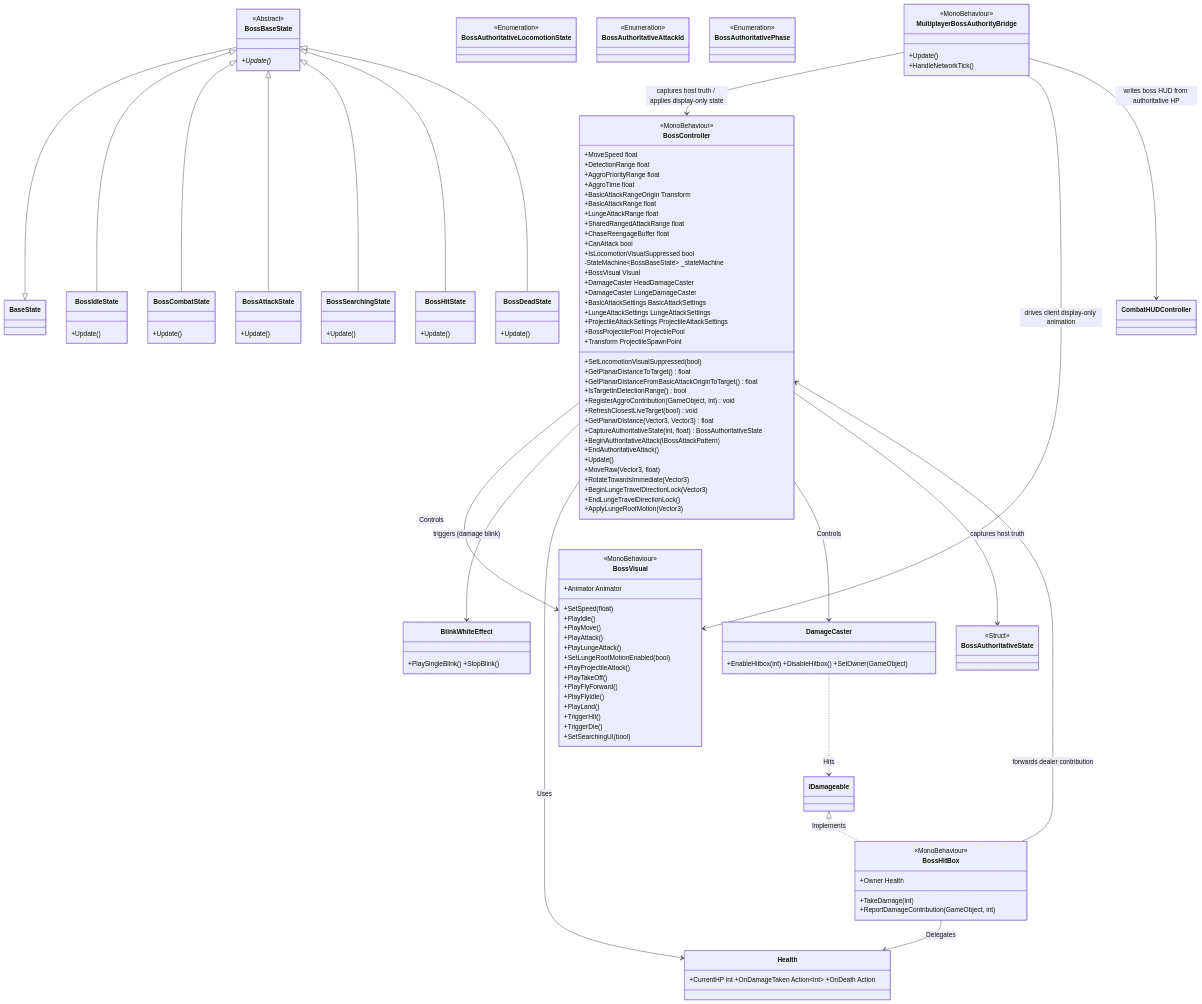
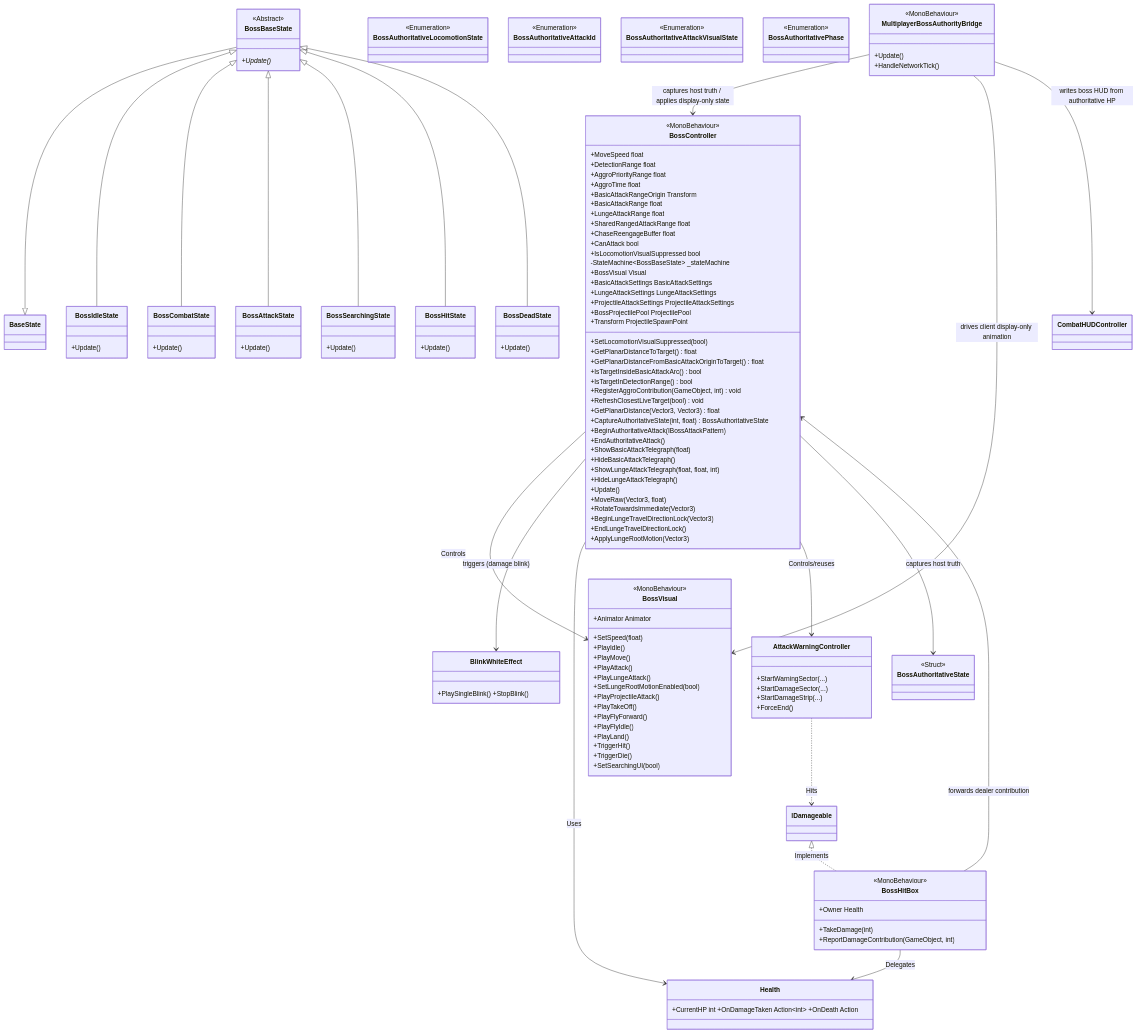
One commit to BallTank/BossRaidPortfolio changed the second of 4 diagrams in docs/technical/System_Blueprint.md. Above: the diagram before and after it, drawn with Mermaid. The commit also changed other lines of this file and 18 other files, not shown here.

````diff
--- a/docs/technical/System_Blueprint.md
+++ b/docs/technical/System_Blueprint.md
@@ -277,8 +279,6 @@
         +IsLocomotionVisualSuppressed bool
         -StateMachine~BossBaseState~ _stateMachine
         +BossVisual Visual
-        +DamageCaster HeadDamageCaster
-        +DamageCaster LungeDamageCaster
         +BasicAttackSettings BasicAttackSettings
         +LungeAttackSettings LungeAttackSettings
         +ProjectileAttackSettings ProjectileAttackSettings
@@ -287,6 +287,7 @@
         +SetLocomotionVisualSuppressed(bool)
         +GetPlanarDistanceToTarget() float
         +GetPlanarDistanceFromBasicAttackOriginToTarget() float
+        +IsTargetInsideBasicAttackArc() bool
         +IsTargetInDetectionRange() bool
         +RegisterAggroContribution(GameObject, int) void
         +RefreshClosestLiveTarget(bool) void
@@ -294,6 +295,10 @@
         +CaptureAuthoritativeState(int, float) BossAuthoritativeState
         +BeginAuthoritativeAttack(IBossAttackPattern)
         +EndAuthoritativeAttack()
+        +ShowBasicAttackTelegraph(float)
+        +HideBasicAttackTelegraph()
+        +ShowLungeAttackTelegraph(float, float, int)
+        +HideLungeAttackTelegraph()
         +Update()
         +MoveRaw(Vector3, float)
         +RotateTowardsImmediate(Vector3)
@@ -334,11 +339,17 @@
         +ReportDamageContribution(GameObject, int)
     }
 
-    class DamageCaster { +EnableHitbox(int) +DisableHitbox() +SetOwner(GameObject) }
+    class AttackWarningController {
+        +StartWarningSector(...)
+        +StartDamageSector(...)
+        +StartDamageStrip(...)
+        +ForceEnd()
+    }
     class Health { +CurrentHP int +OnDamageTaken Action~int~ +OnDeath Action }
     class BossAuthoritativeState { <<Struct>> }
     class BossAuthoritativeLocomotionState { <<Enumeration>> }
     class BossAuthoritativeAttackId { <<Enumeration>> }
+    class BossAuthoritativeAttackVisualState { <<Enumeration>> }
     class BossAuthoritativePhase { <<Enumeration>> }
     class MultiplayerBossAuthorityBridge {
         <<MonoBehaviour>>
@@ -358,7 +369,7 @@
     BossController --> BossVisual : Controls
     BossController --> BlinkWhiteEffect : triggers (damage blink)
     BossController --> Health : Uses
-    BossController --> DamageCaster : Controls
+    BossController --> AttackWarningController : Controls/reuses
     BossController --> BossAuthoritativeState : captures host truth
     BossHitBox --> BossController : forwards dealer contribution
     MultiplayerBossAuthorityBridge --> BossController : captures host truth / applies display-only state
@@ -375,5 +386,5 @@
 
     IDamageable <|.. BossHitBox : Implements
     BossHitBox --> Health : Delegates
-    DamageCaster ..> IDamageable : Hits
+    AttackWarningController ..> IDamageable : Hits
 ```
````
